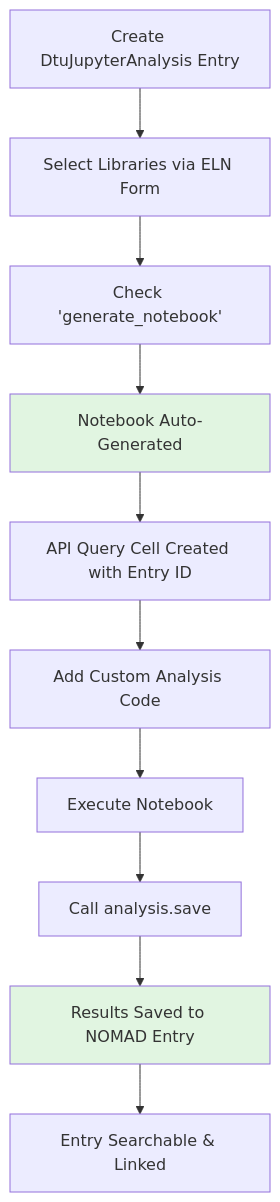
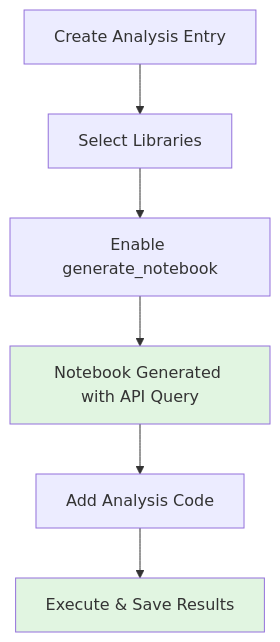
Before and after one commit to DTU-Nanolab-materials-discovery/nomad-dtu-nanolab-plugin: the first of 2 diagrams in docs/reference/analysis.md, drawn with Mermaid. The commit also changed other lines of this file, not shown here.

First line of the commit message:
Streamline Jupyter analysis documentation

````diff
--- a/docs/reference/analysis.md
+++ b/docs/reference/analysis.md
@@ -59,15 +50,11 @@
 ```mermaid
 graph TD
-    A[Create DtuJupyterAnalysis Entry] --> B[Select Libraries via ELN Form]
-    B --> C[Check 'generate_notebook']
-    C --> D[Notebook Auto-Generated]
-    D --> E[API Query Cell Created with Entry ID]
-    E --> F[Add Custom Analysis Code]
-    F --> G[Execute Notebook]
-    G --> H[Call analysis.save]
-    H --> I[Results Saved to NOMAD Entry]
-    I --> J[Entry Searchable & Linked]
+    A[Create Analysis Entry] --> B[Select Libraries]
+    B --> C[Enable generate_notebook]
+    C --> D[Notebook Generated with API Query]
+    D --> E[Add Analysis Code]
+    E --> F[Execute & Save Results]
     
     style D fill:#e1f5e1
-    style I fill:#e1f5e1
+    style F fill:#e1f5e1
 ```
````
